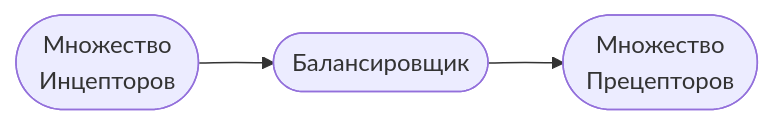
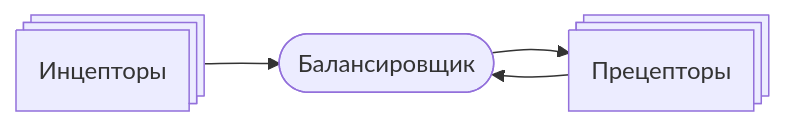
The second of 3 diagrams in ru/siama.md (johnthesmith/scraps), drawn with Mermaid before and after one commit.

````diff
--- a/ru/siama.md
+++ b/ru/siama.md
@@ -73,10 +73,8 @@
 ```mermaid
 flowchart LR
+    balancer([ Балансировщик ])
+    inceptor([Инцепторы])@{ shape: processes }
+    preceptor([Прецепторы])@{ shape: processes }
 
-    balancer_inner([ Балансировщик ])
-    preceptor([Множество<br>Прецепторов])
-    inceptor([Множество<br>Инцепторов])
-
-    inceptor --> balancer_inner
-    balancer_inner --> preceptor
+    inceptor --> balancer --> preceptor --> balancer
 ```
````
